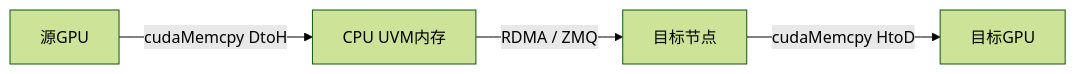
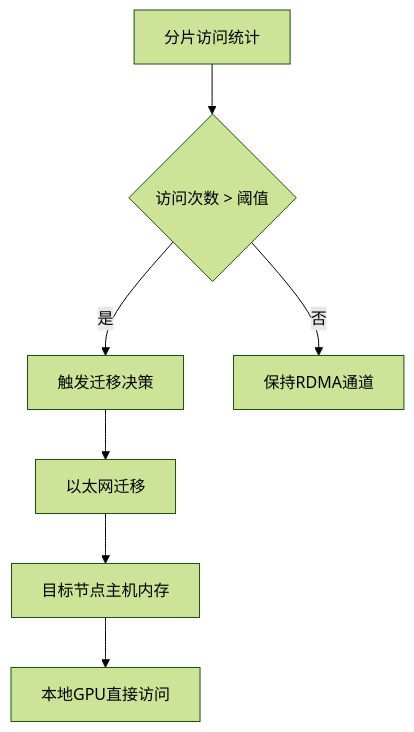
The third of 5 diagrams in README.md (hiicl/Helios-Calculation), drawn with Mermaid (forest theme) before and after one commit. The commit also changed other lines of this file, not shown here.

````diff
--- a/README.md
+++ b/README.md
@@ -105,6 +141,9 @@
 ```mermaid
-graph LR
-  S[源GPU] -->|cudaMemcpy DtoH| H[CPU UVM内存]
-  H -->|RDMA / ZMQ| T[目标节点]
-  T -->|cudaMemcpy HtoD| D[目标GPU]
+graph TB
+    A[分片访问统计] --> B{访问次数 > 阈值}
+    B -->|是| C[触发迁移决策]
+    C --> D[以太网迁移]
+    D --> E[目标节点主机内存]
+    E --> F[本地GPU直接访问]
+    B -->|否| G[保持RDMA通道]
 ```
````
